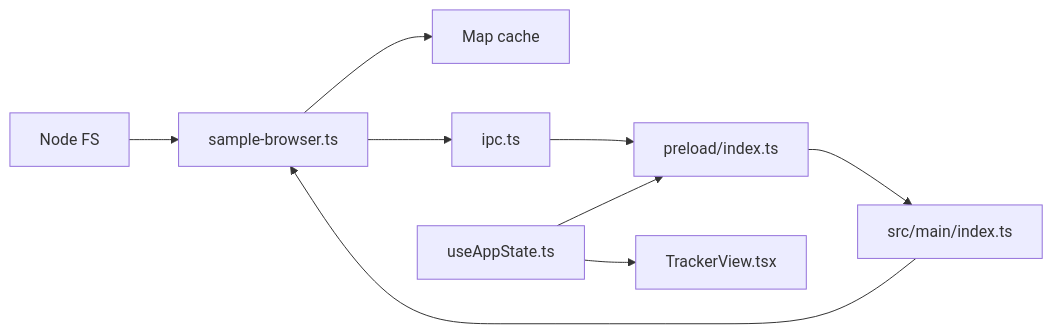
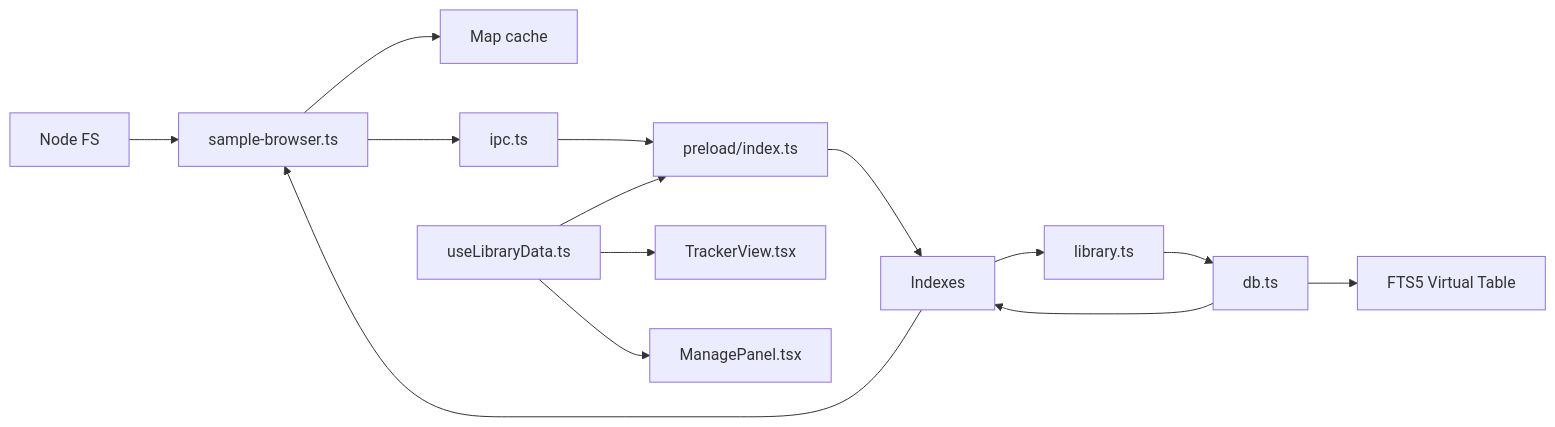
The seventh of 7 diagrams in .qoder/repowiki/en/content/Sample Browser.md (satyrlord/mixjam-electron), drawn with Mermaid before and after one commit. The commit also changed other lines of this file and 104 other files, not shown here.

First line of the commit message:
fix(config): update markdownlint schema and cleanup ignored paths

````diff
--- a/.qoder/repowiki/en/content/Sample Browser.md
+++ b/.qoder/repowiki/en/content/Sample Browser.md
@@ -355,11 +336,16 @@
 ```mermaid
 graph LR
 FS["Node FS"] --> SB["sample-browser.ts"]
 SB --> Cache["Map cache"]
 SB --> IPC["ipc.ts"]
 IPC --> PZ["preload/index.ts"]
 PZ --> IDX["src/main/index.ts"]
 IDX --> SB
-UI["useAppState.ts"] --> PZ
+IDX --> LIB["library.ts"]
+LIB --> DB["db.ts"]
+DB --> FTS["FTS5 Virtual Table"]
+DB --> IDX["Indexes"]
+UI["useLibraryData.ts"] --> PZ
 UI --> TV["TrackerView.tsx"]
+UI --> MP["ManagePanel.tsx"]
 ```
````
